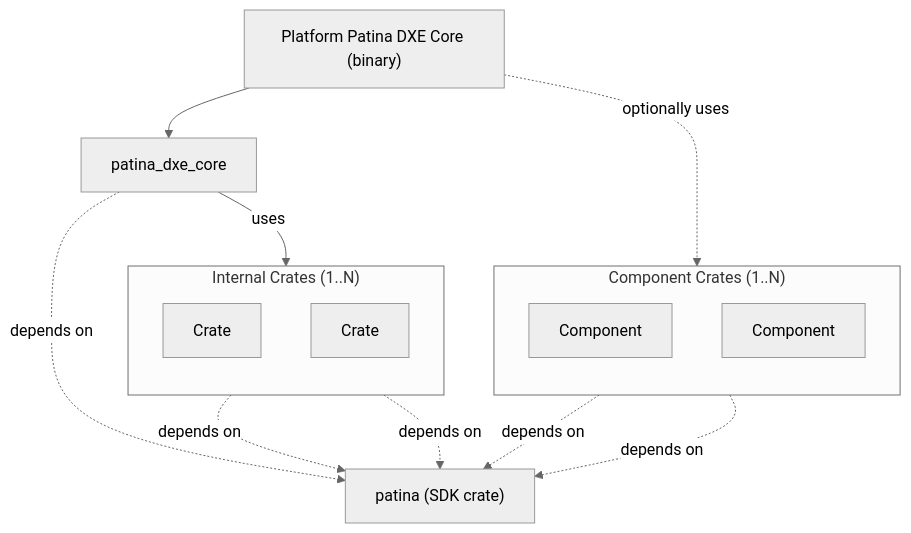
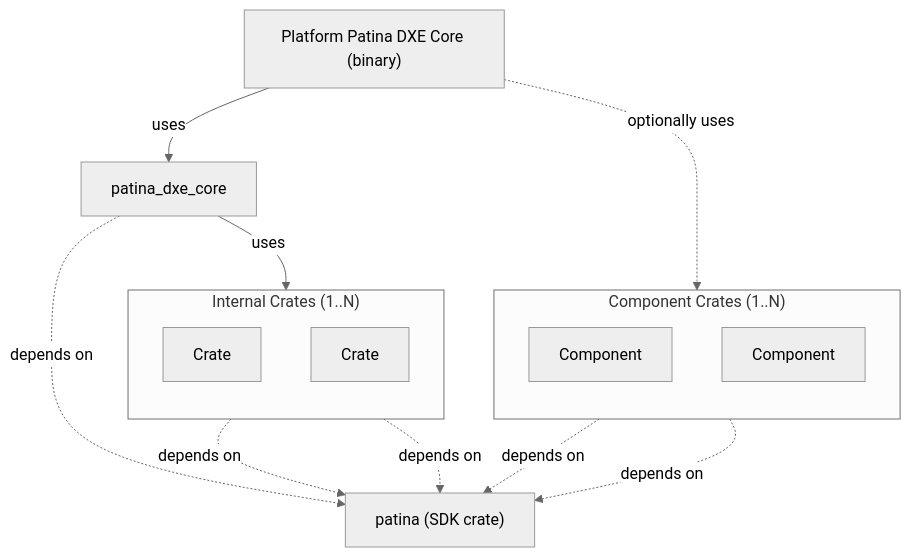
The diagram in docs/src/introduction.md (Javagedes/patina), drawn with Mermaid (neutral theme) before and after one commit.

Commit message:
update mermaid

````diff
--- a/docs/src/introduction.md
+++ b/docs/src/introduction.md
@@ -60,21 +60,21 @@
 ```mermaid
 flowchart TD
  subgraph internal_crates["Internal Crates (1..N)"]
     direction TB
         internal2["Crate"]
         internalN["Crate"]
   end
  subgraph plugin_crates["Component Crates (1..N)"]
     direction TB
         plugin2["Component"]
         pluginN["Component"]
   end
-    consumer_bin["Platform Patina DXE Core (binary)"] --> patina_core["patina_dxe_core"]
+    consumer_bin["Platform Patina DXE Core (binary)"] -- uses --> patina_core["patina_dxe_core"]
     consumer_bin -. optionally uses .-> plugin_crates
     patina_core -- uses --> internal_crates
     patina_core -. depends on .-> patina_sdk["patina (SDK crate)"]
     plugin2 -. depends on .-> patina_sdk
     pluginN -. depends on .-> patina_sdk
     internal2 -. depends on .-> patina_sdk
     internalN -. depends on .-> patina_sdk
 ```
````
